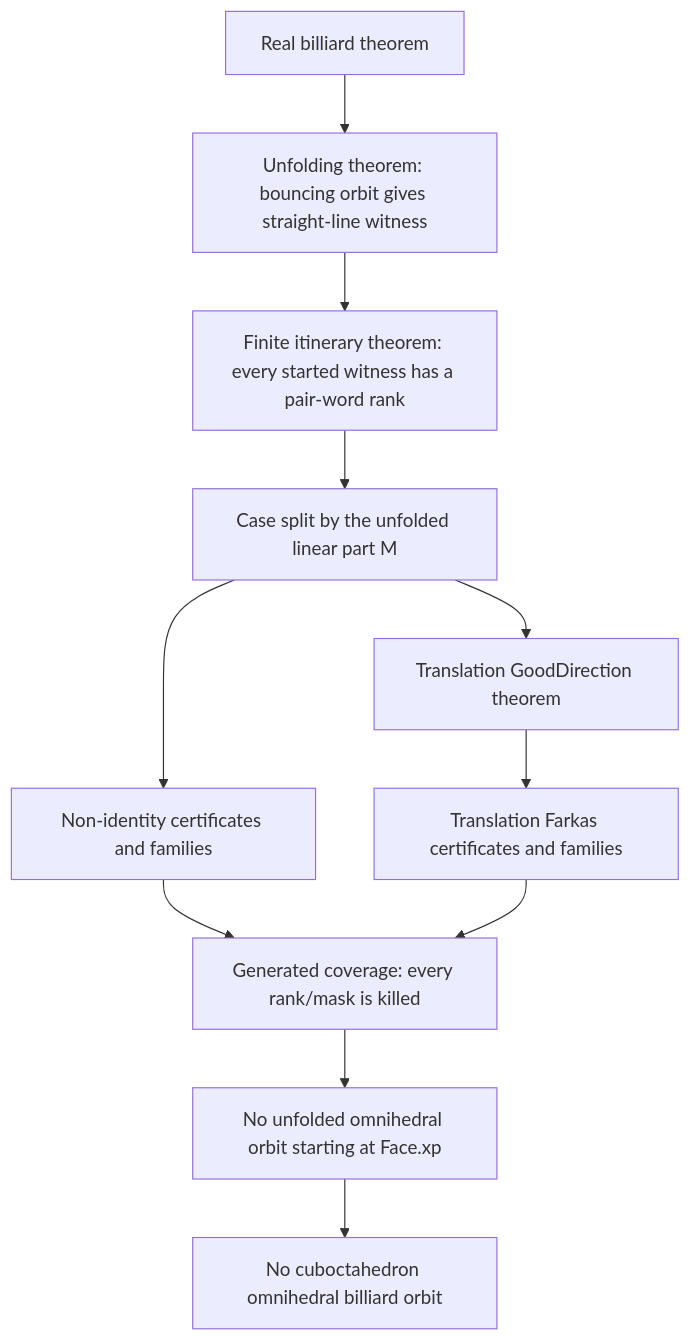
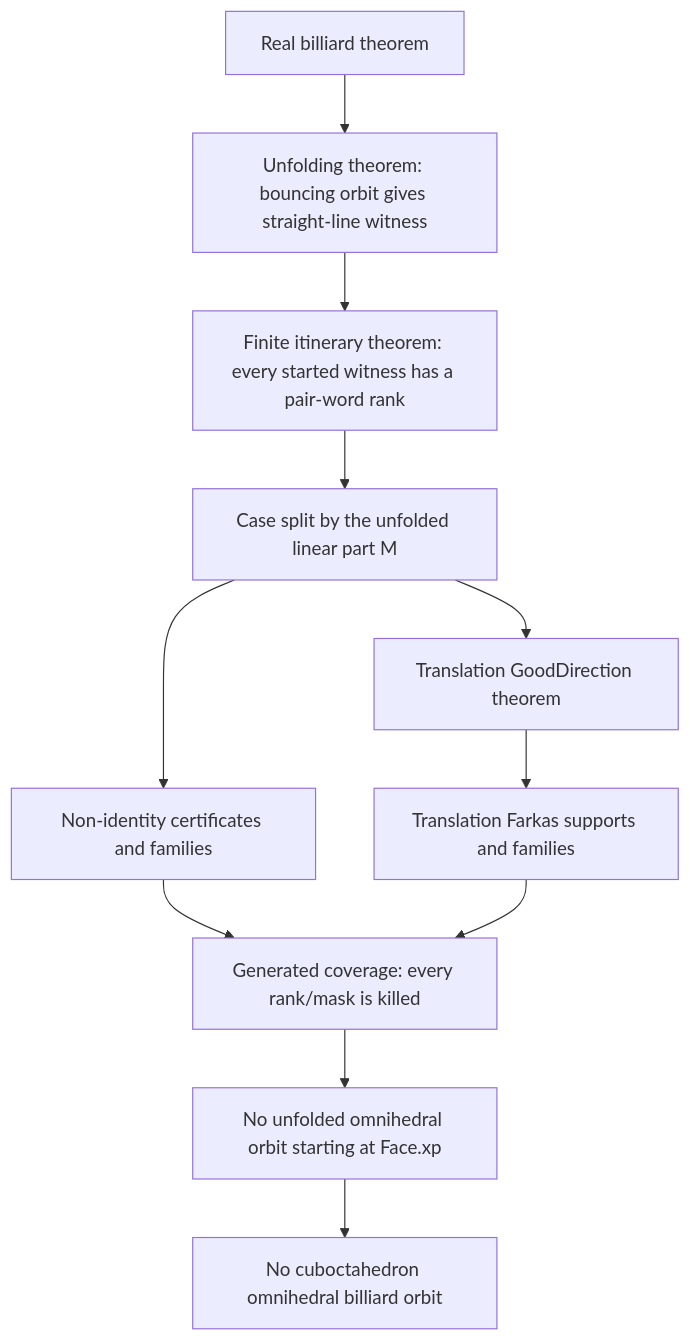
One commit to zpconn/cuboctahedron changed the eighth of 9 diagrams in README.md. Above: the diagram before and after it, drawn with Mermaid. The commit also changed other lines of this file, not shown here.

Commit message:
Update proof architecture README

````diff
--- a/README.md
+++ b/README.md
@@ -452,18 +506,18 @@
 ```mermaid
 flowchart TD
     A["Real billiard theorem"]
     B["Unfolding theorem: bouncing orbit gives straight-line witness"]
     C["Finite itinerary theorem: every started witness has a pair-word rank"]
     D["Case split by the unfolded linear part M"]
     E["Non-identity certificates and families"]
     F["Translation GoodDirection theorem"]
-    G["Translation Farkas certificates and families"]
+    G["Translation Farkas supports and families"]
     H["Generated coverage: every rank/mask is killed"]
     I["No unfolded omnihedral orbit starting at Face.xp"]
     J["No cuboctahedron omnihedral billiard orbit"]
 
     A --> B --> C --> D
     D --> E --> H
     D --> F --> G --> H
     H --> I --> J
 ```
````
